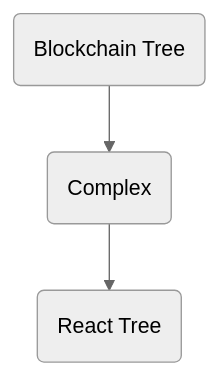
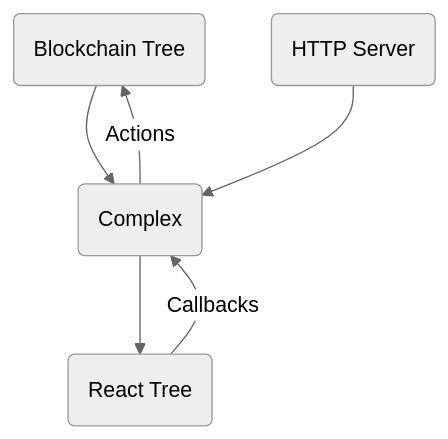
Before and after one commit to dreamcatcher-tech/network: the second of 2 diagrams in dictionary/Complex.md, drawn with Mermaid (neutral theme). The commit also changed other lines of this file and 3 other files, not shown here.

````diff
--- a/dictionary/Complex.md
+++ b/dictionary/Complex.md
@@ -20,5 +24,8 @@
 ```mermaid
 graph TD
 	B(Blockchain Tree) --> C(Complex)
+	H(HTTP Server) --> C
+	C -->|Actions| B
 	C --> R(React Tree)
+	R -->|Callbacks| C 
 ```
````
